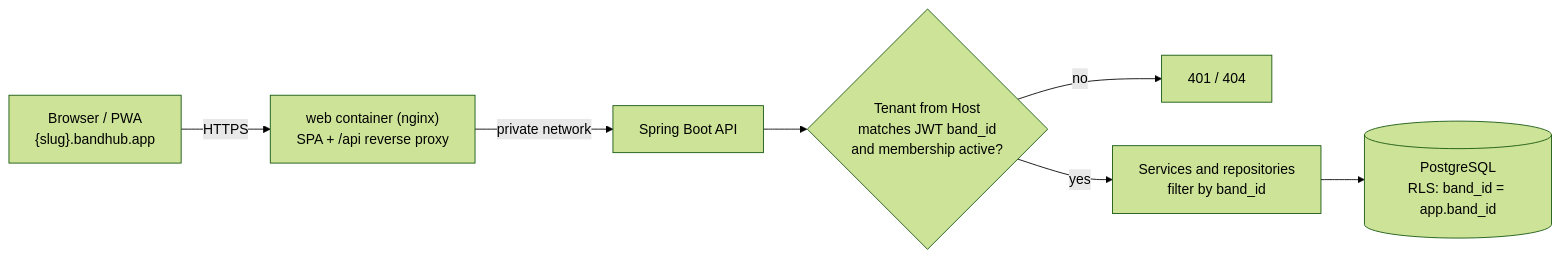
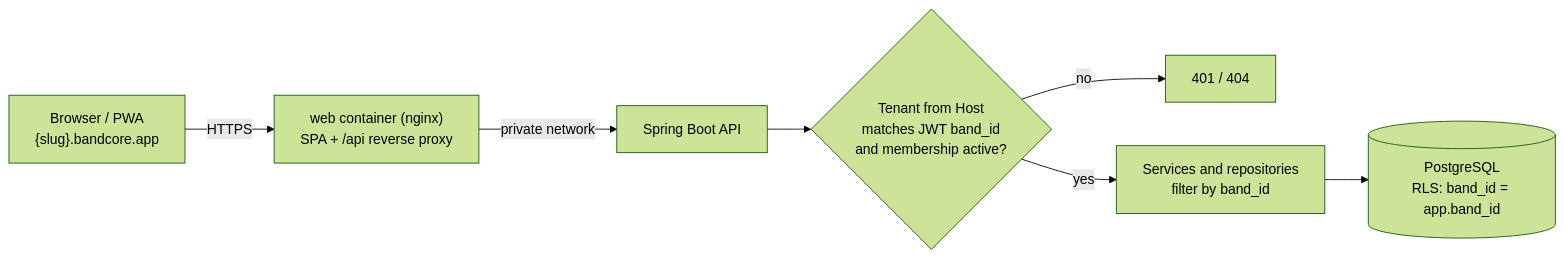
One commit to Burst-Into-Fire/bandcore changed the first of 2 diagrams in docs/roadmap.md. Above: the diagram before and after it, drawn with Mermaid (forest theme). The commit also changed other lines of this file and 10 other files, not shown here.

First line of the commit message:
docs(roadmap): align roadmap with requirements docs

````diff
--- a/docs/roadmap.md
+++ b/docs/roadmap.md
@@ -52,9 +67,9 @@
 ```mermaid
 flowchart LR
-    B["Browser / PWA<br/>{slug}.bandhub.app"] -->|HTTPS| N["web container (nginx)<br/>SPA + /api reverse proxy"]
+    B["Browser / PWA<br/>{slug}.bandcore.app"] -->|HTTPS| N["web container (nginx)<br/>SPA + /api reverse proxy"]
     N -->|private network| A["Spring Boot API"]
     A --> T{"Tenant from Host<br/>matches JWT band_id<br/>and membership active?"}
     T -->|no| X["401 / 404"]
     T -->|yes| S["Services and repositories<br/>filter by band_id"]
     S --> P[("PostgreSQL<br/>RLS: band_id = app.band_id")]
 ```
````
